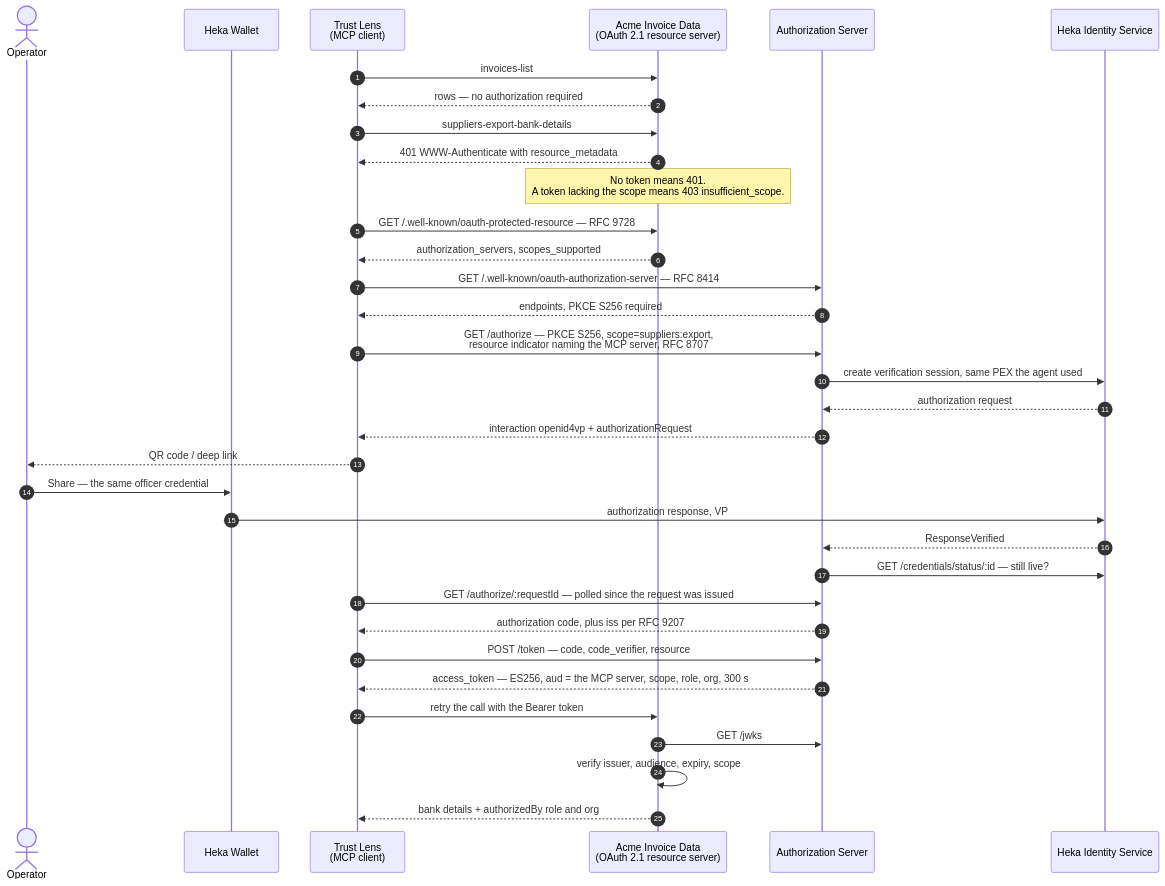
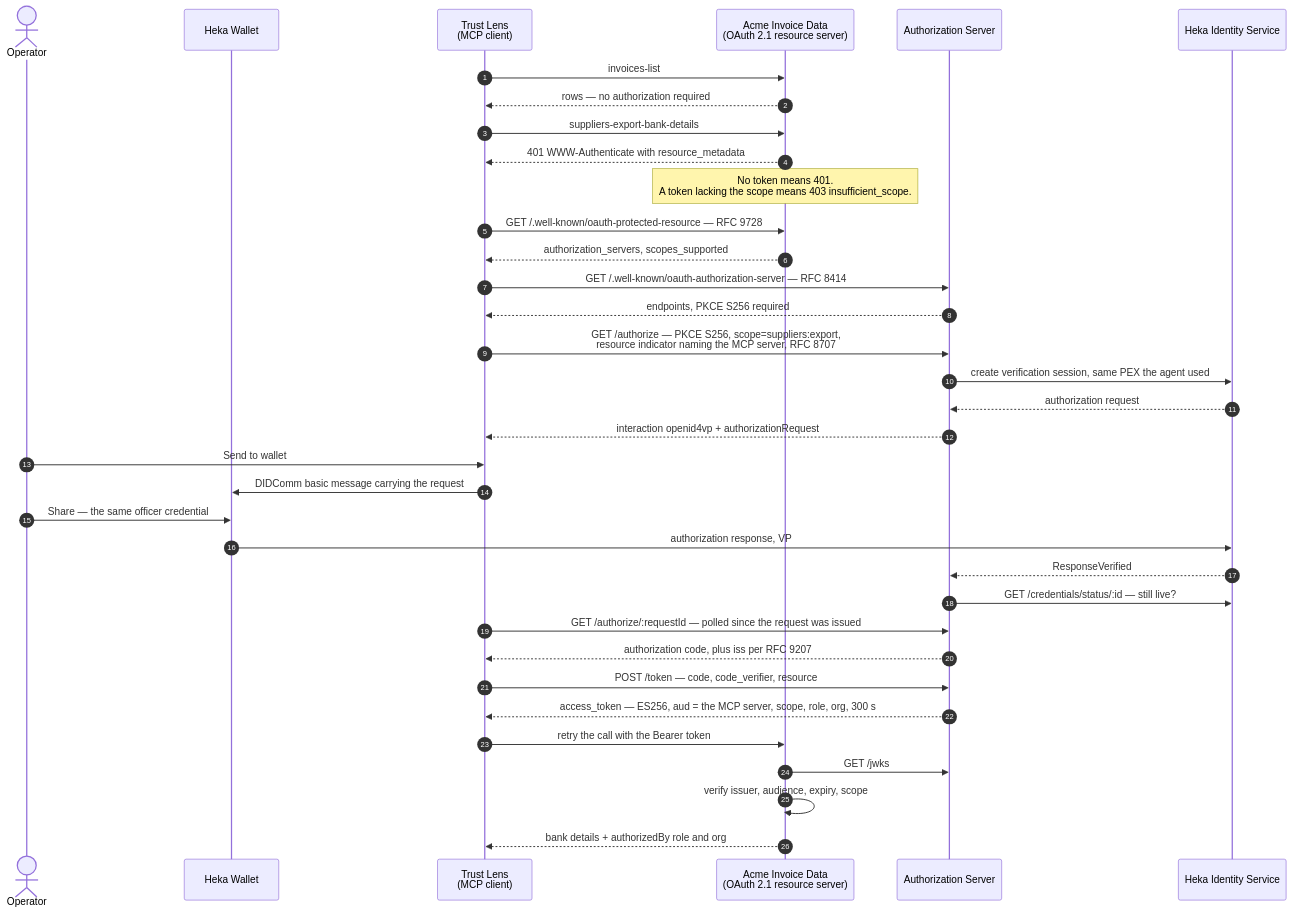
Before and after one commit to LVS7/heka-identity-platform: the third of 3 diagrams in demo/trust-lens/README.md, drawn with Mermaid. The commit also changed other lines of this file and 36 other files, not shown here.

````diff
--- a/demo/trust-lens/README.md
+++ b/demo/trust-lens/README.md
@@ -131,37 +131,38 @@
 ```mermaid
 sequenceDiagram
     autonumber
     actor Op as Operator
     participant W as Heka Wallet
     participant Lens as Trust Lens<br/>(MCP client)
     participant MCP as Acme Invoice Data<br/>(OAuth 2.1 resource server)
     participant AS as Authorization Server
     participant HIS as Heka Identity Service
 
     Lens->>MCP: invoices-list
     MCP-->>Lens: rows — no authorization required
     Lens->>MCP: suppliers-export-bank-details
     MCP-->>Lens: 401 WWW-Authenticate with resource_metadata
     Note over MCP: No token means 401.<br/>A token lacking the scope means 403 insufficient_scope.
     Lens->>MCP: GET /.well-known/oauth-protected-resource — RFC 9728
     MCP-->>Lens: authorization_servers, scopes_supported
     Lens->>AS: GET /.well-known/oauth-authorization-server — RFC 8414
     AS-->>Lens: endpoints, PKCE S256 required
     Lens->>AS: GET /authorize — PKCE S256, scope=suppliers:export,<br/>resource indicator naming the MCP server, RFC 8707
     AS->>HIS: create verification session, same PEX the agent used
     HIS-->>AS: authorization request
     AS-->>Lens: interaction openid4vp + authorizationRequest
-    Lens-->>Op: QR code / deep link
+    Op->>Lens: Send to wallet
+    Lens->>W: DIDComm basic message carrying the request
     Op->>W: Share — the same officer credential
     W->>HIS: authorization response, VP
     HIS-->>AS: ResponseVerified
     AS->>HIS: GET /credentials/status/:id — still live?
     Lens->>AS: GET /authorize/:requestId — polled since the request was issued
     AS-->>Lens: authorization code, plus iss per RFC 9207
     Lens->>AS: POST /token — code, code_verifier, resource
     AS-->>Lens: access_token — ES256, aud = the MCP server, scope, role, org, 300 s
     Lens->>MCP: retry the call with the Bearer token
     MCP->>AS: GET /jwks
     MCP->>MCP: verify issuer, audience, expiry, scope
     MCP-->>Lens: bank details + authorizedBy role and org
 ```
````
